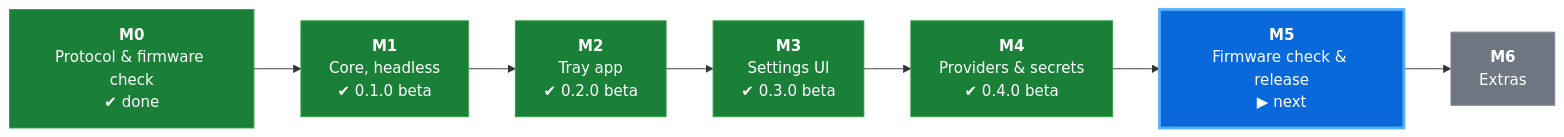
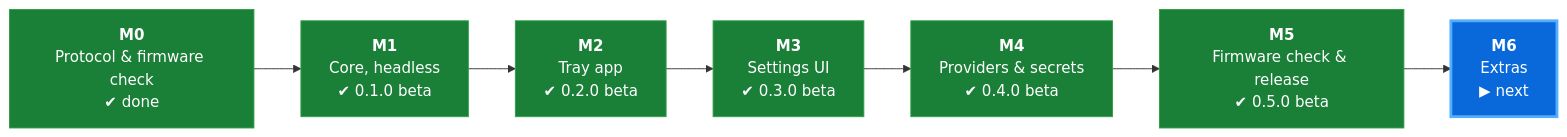
The diagram in apps/nd104-sync/README.md (MrUrdam/chilkey_nd104_utilities), drawn with Mermaid before and after one commit. The commit also changed other lines of this file and 24 other files, not shown here.

First line of the commit message:
M5: firmware update check (0.5.0)

````diff
--- a/apps/nd104-sync/README.md
+++ b/apps/nd104-sync/README.md
@@ -487,15 +505,15 @@
 ```mermaid
 flowchart LR
     M0["<b>M0</b><br/>Protocol &amp; firmware check<br/>✔ done"]:::done
     M1["<b>M1</b><br/>Core, headless<br/>✔ 0.1.0 beta"]:::done
     M2["<b>M2</b><br/>Tray app<br/>✔ 0.2.0 beta"]:::done
     M3["<b>M3</b><br/>Settings UI<br/>✔ 0.3.0 beta"]:::done
     M4["<b>M4</b><br/>Providers &amp; secrets<br/>✔ 0.4.0 beta"]:::done
-    M5["<b>M5</b><br/>Firmware check &amp; release<br/>▶ next"]:::current
-    M6["<b>M6</b><br/>Extras"]:::todo
+    M5["<b>M5</b><br/>Firmware check &amp; release<br/>✔ 0.5.0 beta"]:::done
+    M6["<b>M6</b><br/>Extras<br/>▶ next"]:::current
     M0 --> M1 --> M2 --> M3 --> M4 --> M5 --> M6
 
     classDef done fill:#1a7f37,stroke:#2ea043,color:#ffffff
     classDef current fill:#0969da,stroke:#54aeff,color:#ffffff,stroke-width:3px
     classDef todo fill:#6e7781,stroke:#8c959f,color:#ffffff
 ```
````
